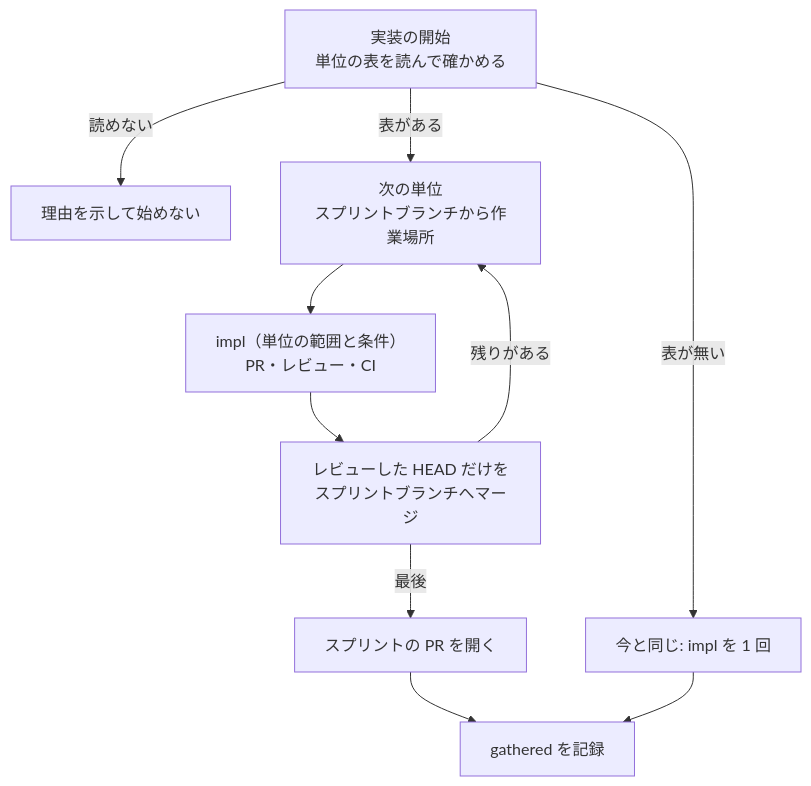
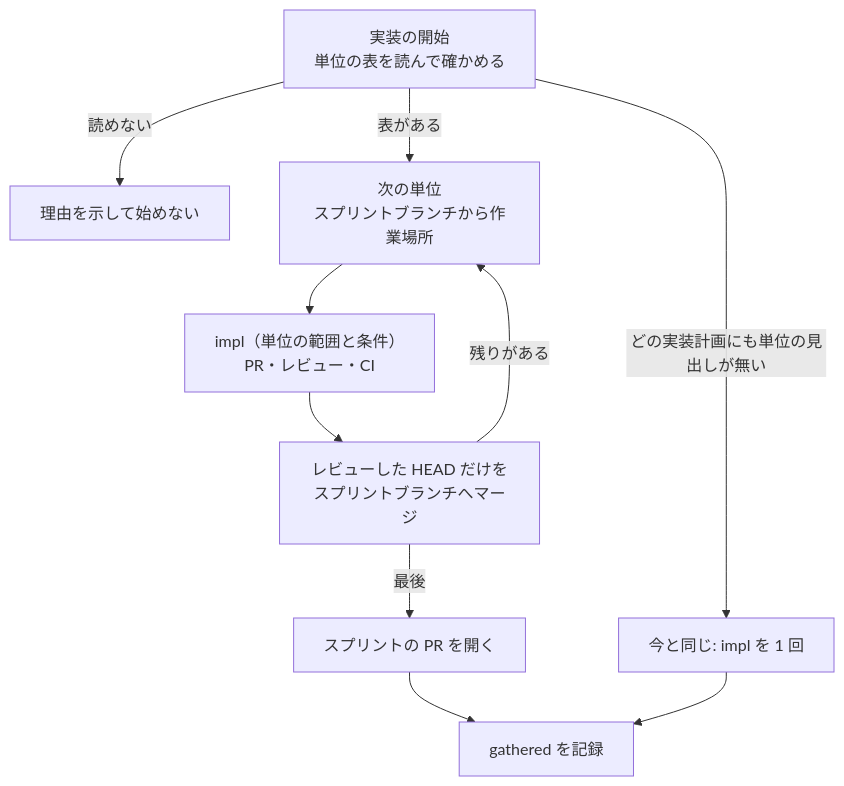
Before and after one commit to devbasex/ai-plugins: the second of 3 diagrams in issues/issue-4369-design.md, drawn with Mermaid. The commit also changed other lines of this file and 1 other file, not shown here.

````diff
--- a/issues/issue-4369-design.md
+++ b/issues/issue-4369-design.md
@@ -37,12 +37,12 @@
 ```mermaid
 flowchart TB
-  S["実装の開始<br/>単位の表を読んで確かめる"] -->|表が無い| OLD["今と同じ: impl を 1 回"]
+  S["実装の開始<br/>単位の表を読んで確かめる"] -->|どの実装計画にも単位の見出しが無い| OLD["今と同じ: impl を 1 回"]
   S -->|読めない| STOP["理由を示して始めない"]
   S -->|表がある| U["次の単位<br/>スプリントブランチから作業場所"]
   U --> PL["impl（単位の範囲と条件）<br/>PR・レビュー・CI"]
   PL --> M["レビューした HEAD だけを<br/>スプリントブランチへマージ"]
   M -->|残りがある| U
   M -->|最後| PR["スプリントの PR を開く"]
   PR --> G["gathered を記録"]
   OLD --> G
 ```
````
